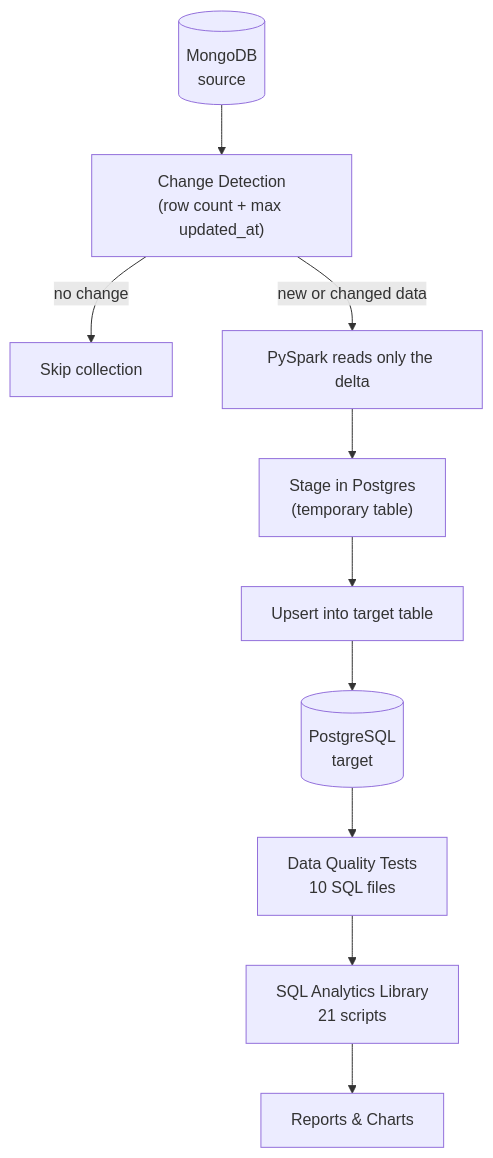
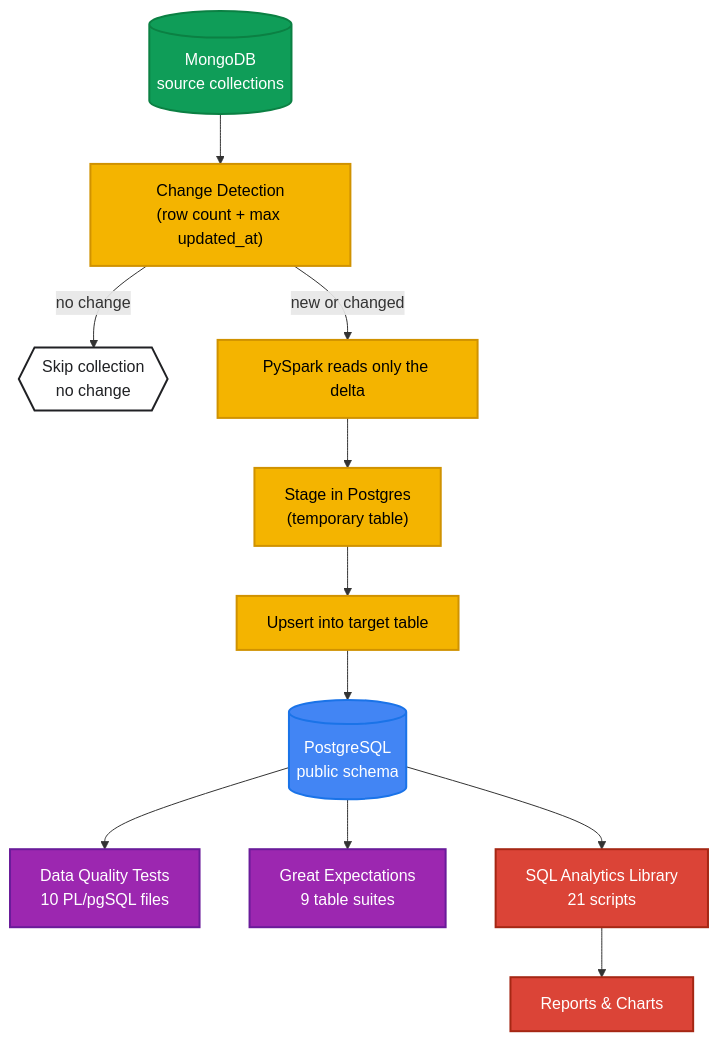
One commit to Nitinx12/Bike-Store-Relational-Database changed the first of 6 diagrams in docs/ARCHITECTURE.md. Above: the diagram before and after it, drawn with Mermaid. The commit also changed other lines of this file and 7 other files, not shown here.

First line of the commit message:
docs: refresh all docs with colored Mermaid diagrams and fix paths

````diff
--- a/docs/ARCHITECTURE.md
+++ b/docs/ARCHITECTURE.md
@@ -9,12 +9,32 @@
 ```mermaid
 flowchart TD
-    A[("MongoDB<br/>source")] --> B["Change Detection<br/>(row count + max updated_at)"]
-    B -->|no change| C["Skip collection"]
-    B -->|new or changed data| D["PySpark reads only the delta"]
-    D --> E["Stage in Postgres<br/>(temporary table)"]
-    E --> F["Upsert into target table"]
-    F --> G[("PostgreSQL<br/>target")]
-    G --> H["Data Quality Tests<br/>10 SQL files"]
-    H --> I["SQL Analytics Library<br/>21 scripts"]
-    I --> J["Reports & Charts"]
+    classDef source fill:#0f9d58,stroke:#0b8043,color:#ffffff,stroke-width:2px
+    classDef etl fill:#f4b400,stroke:#d09200,color:#000000,stroke-width:2px
+    classDef target fill:#4285f4,stroke:#1a73e8,color:#ffffff,stroke-width:2px
+    classDef qa fill:#9c27b0,stroke:#6a1b9a,color:#ffffff,stroke-width:2px
+    classDef output fill:#db4437,stroke:#a52714,color:#ffffff,stroke-width:2px
+    classDef decision fill:#ffffff,stroke:#202124,color:#202124,stroke-width:2px
+
+    A[("MongoDB<br/>source collections")]:::source
+    B["Change Detection<br/>(row count + max updated_at)"]:::etl
+    C{{"Skip collection<br/>no change"}}:::decision
+    D["PySpark reads only the delta"]:::etl
+    E["Stage in Postgres<br/>(temporary table)"]:::etl
+    F["Upsert into target table"]:::etl
+    G[("PostgreSQL<br/>public schema")]:::target
+    H["Data Quality Tests<br/>10 PL/pgSQL files"]:::qa
+    I["Great Expectations<br/>9 table suites"]:::qa
+    J["SQL Analytics Library<br/>21 scripts"]:::output
+    K["Reports & Charts"]:::output
+
+    A --> B
+    B -->|"no change"| C
+    B -->|"new or changed"| D
+    D --> E
+    E --> F
+    F --> G
+    G --> H
+    G --> I
+    G --> J
+    J --> K
 ```
````
